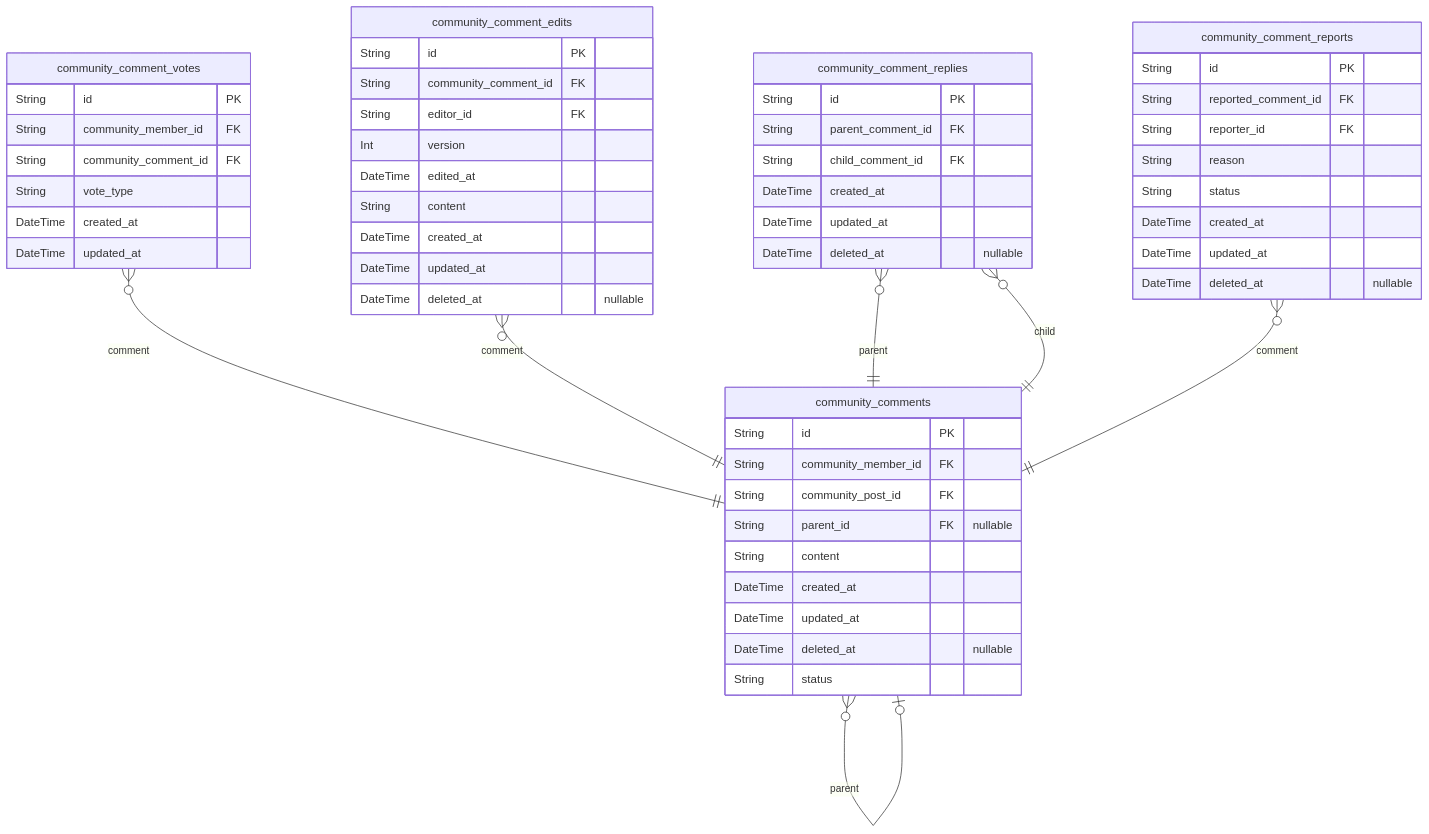
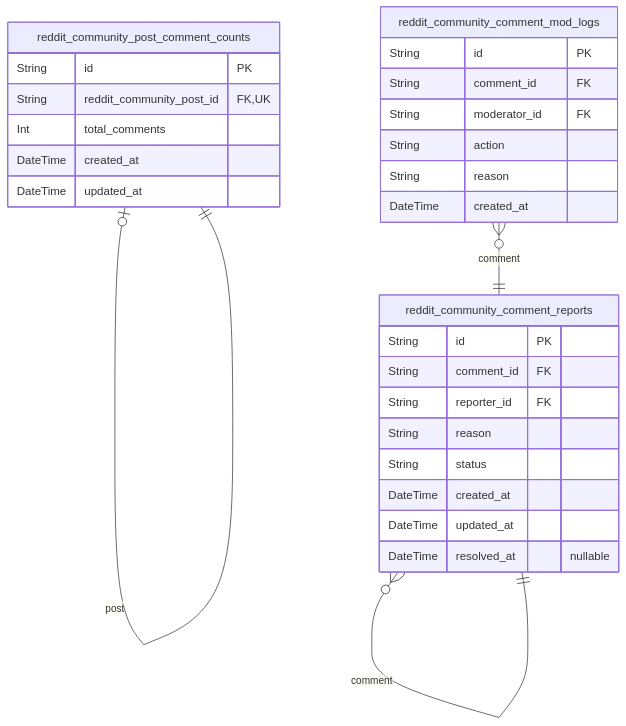
One commit to wrtnlabs/autobe-examples changed the fifth of 7 diagrams in qwen/qwen3-next-80b-a3b-instruct/reddit/docs/ERD.md. Above: the diagram before and after it, drawn with Mermaid. The commit also changed other lines of this file and 3171 other files, not shown here.

````diff
--- a/qwen/qwen3-next-80b-a3b-instruct/reddit/docs/ERD.md
+++ b/qwen/qwen3-next-80b-a3b-instruct/reddit/docs/ERD.md
@@ -1693,57 +1060,31 @@
 ```mermaid
 erDiagram
-"community_comments" {
+"reddit_community_comment_reports" {
   String id PK
-  String community_member_id FK
-  String community_post_id FK
-  String parent_id FK "nullable"
-  String content
-  DateTime created_at
-  DateTime updated_at
-  DateTime deleted_at "nullable"
-  String status
-}
-"community_comment_votes" {
-  String id PK
-  String community_member_id FK
-  String community_comment_id FK
-  String vote_type
-  DateTime created_at
-  DateTime updated_at
-}
-"community_comment_edits" {
-  String id PK
-  String community_comment_id FK
-  String editor_id FK
-  Int version
-  DateTime edited_at
-  String content
-  DateTime created_at
-  DateTime updated_at
-  DateTime deleted_at "nullable"
-}
-"community_comment_replies" {
-  String id PK
-  String parent_comment_id FK
-  String child_comment_id FK
-  DateTime created_at
-  DateTime updated_at
-  DateTime deleted_at "nullable"
-}
-"community_comment_reports" {
-  String id PK
-  String reported_comment_id FK
+  String comment_id FK
   String reporter_id FK
   String reason
   String status
   DateTime created_at
   DateTime updated_at
-  DateTime deleted_at "nullable"
+  DateTime resolved_at "nullable"
 }
-"community_comments" }o--o| "community_comments" : parent
-"community_comment_votes" }o--|| "community_comments" : comment
-"community_comment_edits" }o--|| "community_comments" : comment
-"community_comment_replies" }o--|| "community_comments" : parent
-"community_comment_replies" }o--|| "community_comments" : child
-"community_comment_reports" }o--|| "community_comments" : comment
+"reddit_community_post_comment_counts" {
+  String id PK
+  String reddit_community_post_id FK,UK
+  Int total_comments
+  DateTime created_at
+  DateTime updated_at
+}
+"reddit_community_comment_mod_logs" {
+  String id PK
+  String comment_id FK
+  String moderator_id FK
+  String action
+  String reason
+  DateTime created_at
+}
+"reddit_community_comment_reports" }o--|| "reddit_community_comment_reports" : comment
+"reddit_community_post_comment_counts" |o--|| "reddit_community_post_comment_counts" : post
+"reddit_community_comment_mod_logs" }o--|| "reddit_community_comment_reports" : comment
 ```
````
